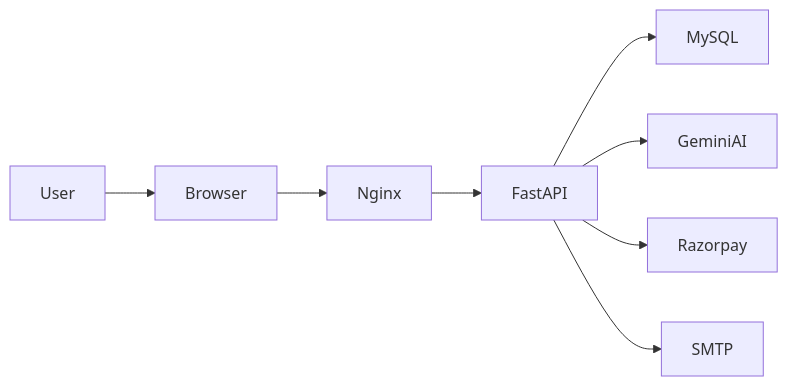
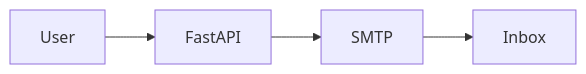
One commit to Siddharth3007Git/UrbanWear-FullStack-Ecommerce changed the ninth of 9 diagrams in README.md. Above: the diagram before and after it, drawn with Mermaid. The commit also changed other lines of this file, not shown here.

````diff
--- a/README.md
+++ b/README.md
@@ -73,7 +864,17 @@
-``` mermaid
+```mermaid
 flowchart LR
-User --> Browser --> Nginx --> FastAPI --> MySQL
-FastAPI --> GeminiAI
-FastAPI --> Razorpay
+
+User
+
+FastAPI
+
+SMTP
+
+Inbox
+
+User --> FastAPI
+
 FastAPI --> SMTP
+
+SMTP --> Inbox
 ```
````
